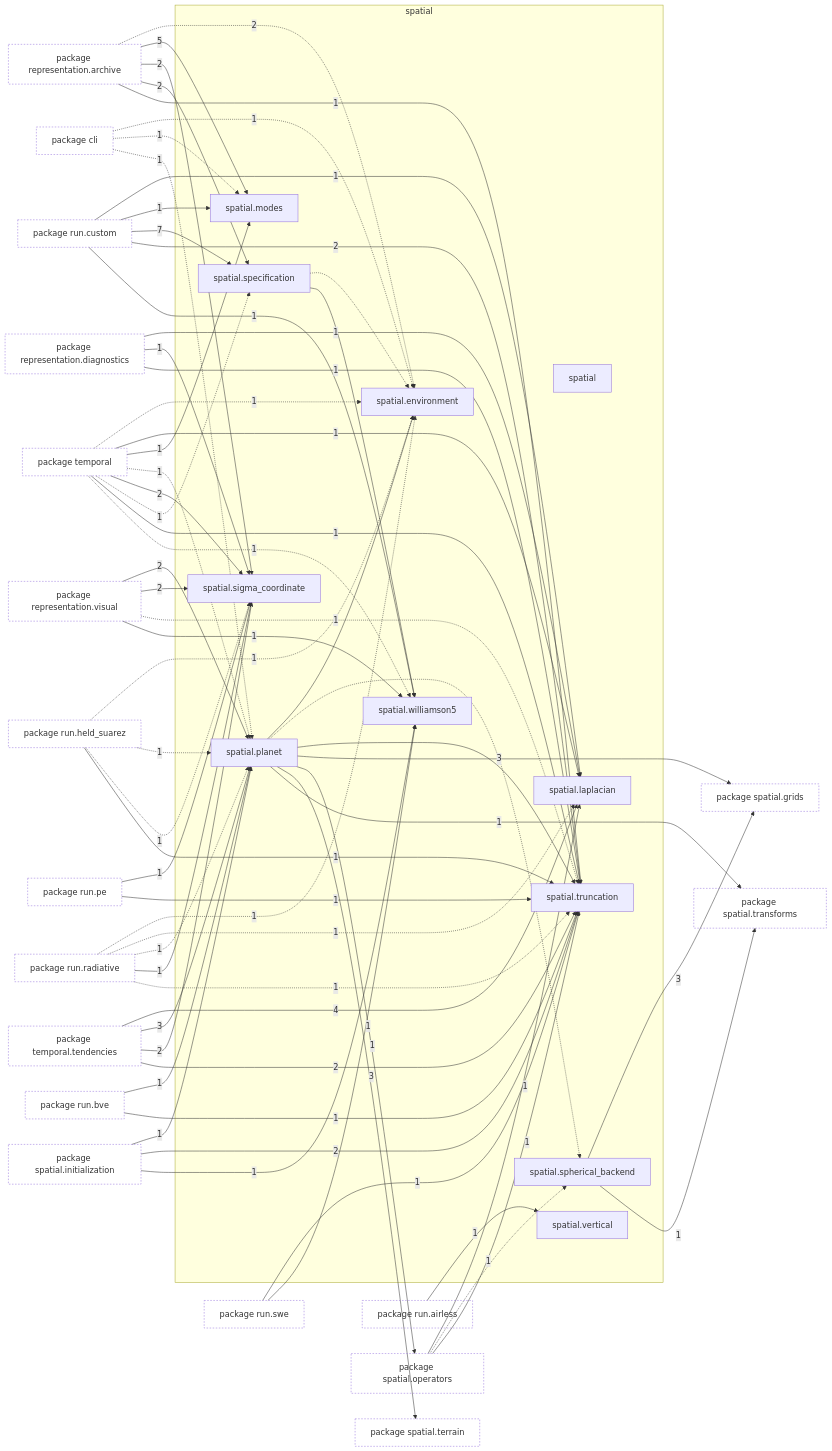
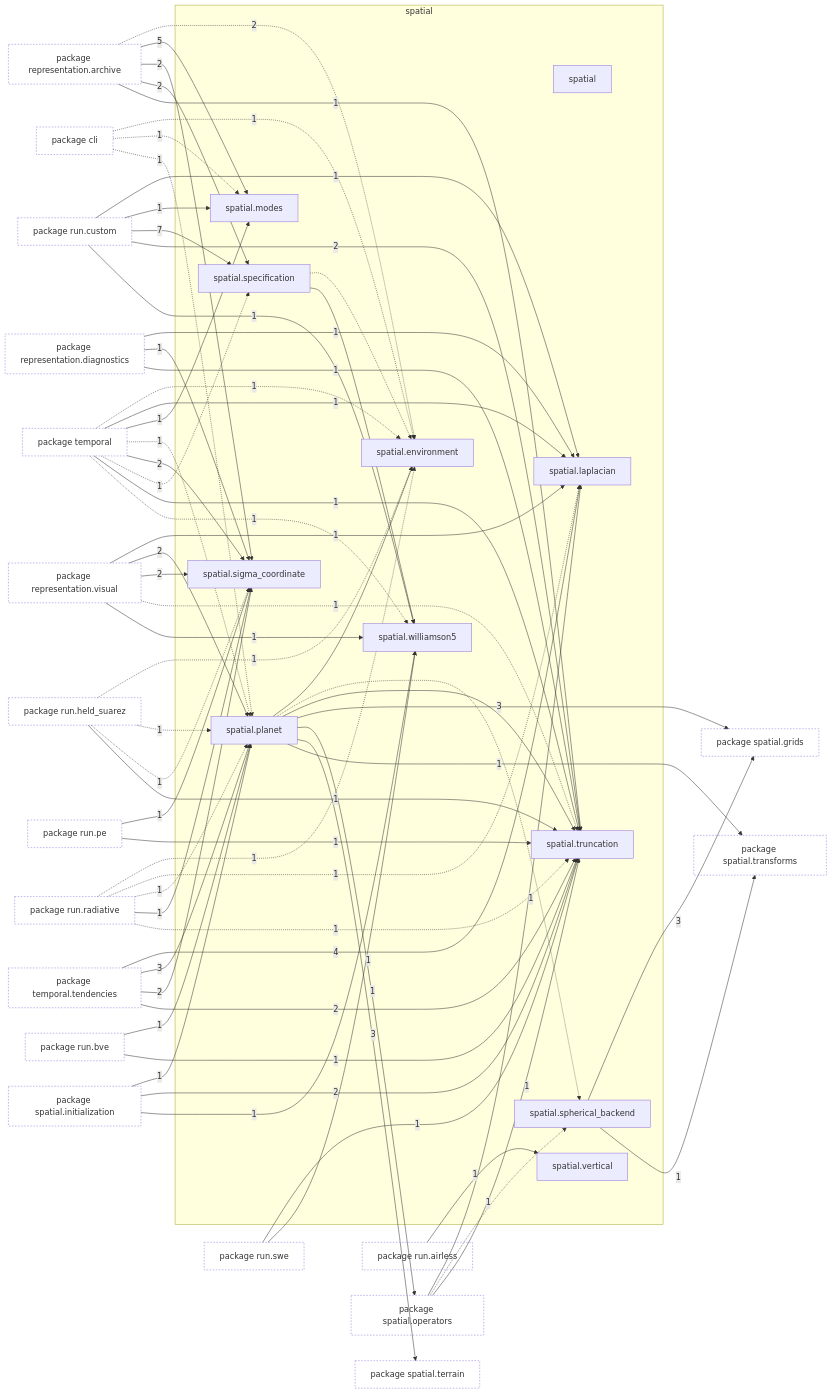
Before and after one commit to AlexandreEros/Palintropos: the first of 2 diagrams in docs/architecture/current/packages/tropoi.spatial.md, drawn with Mermaid. The commit also changed 15 other files, not shown here.

Commit message:
Regenerate the architecture snapshot for the wind representations

```diff
--- a/docs/architecture/current/packages/tropoi.spatial.md
+++ b/docs/architecture/current/packages/tropoi.spatial.md
@@ -77,6 +77,7 @@
     p_tropoi_orepresentation_odiagnostics -->|1| n_tropoi_ospatial_olaplacian
     p_tropoi_orepresentation_odiagnostics -->|1| n_tropoi_ospatial_osigma__coordinate
     p_tropoi_orepresentation_odiagnostics -->|1| n_tropoi_ospatial_otruncation
+    p_tropoi_orepresentation_ovisual -->|1| n_tropoi_ospatial_olaplacian
     p_tropoi_orepresentation_ovisual -->|2| n_tropoi_ospatial_oplanet
     p_tropoi_orepresentation_ovisual -->|2| n_tropoi_ospatial_osigma__coordinate
     p_tropoi_orepresentation_ovisual -.->|1| n_tropoi_ospatial_otruncation
```
